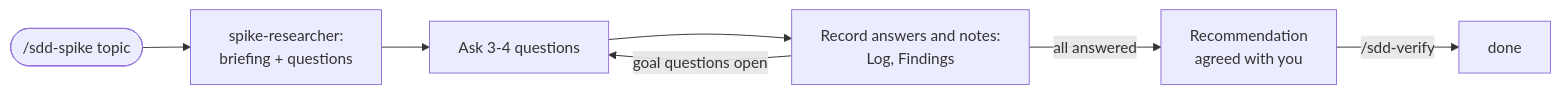
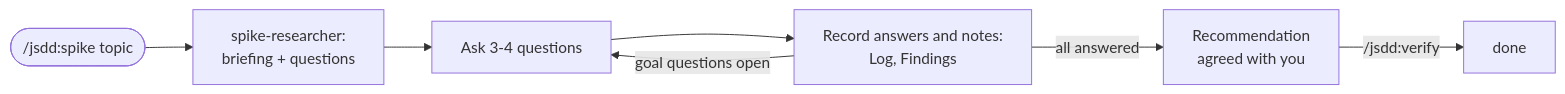
The third of 4 diagrams in specs/README.md (JoDi-27/sample-crm), drawn with Mermaid before and after one commit. The commit also changed other lines of this file and 23 other files, not shown here.

````diff
--- a/specs/README.md
+++ b/specs/README.md
@@ -45,9 +73,9 @@
 ```mermaid
 flowchart LR
-  start(["/sdd-spike topic"]) --> prep[spike-researcher:<br/>briefing + questions]
+  start(["/jsdd:spike topic"]) --> prep[spike-researcher:<br/>briefing + questions]
   prep --> ask[Ask 3-4 questions]
   ask --> takein[Record answers and notes:<br/>Log, Findings]
   takein -->|"goal questions open"| ask
   takein -->|"all answered"| rec[Recommendation<br/>agreed with you]
-  rec -->|/sdd-verify| done
+  rec -->|/jsdd:verify| done
 ```
````
